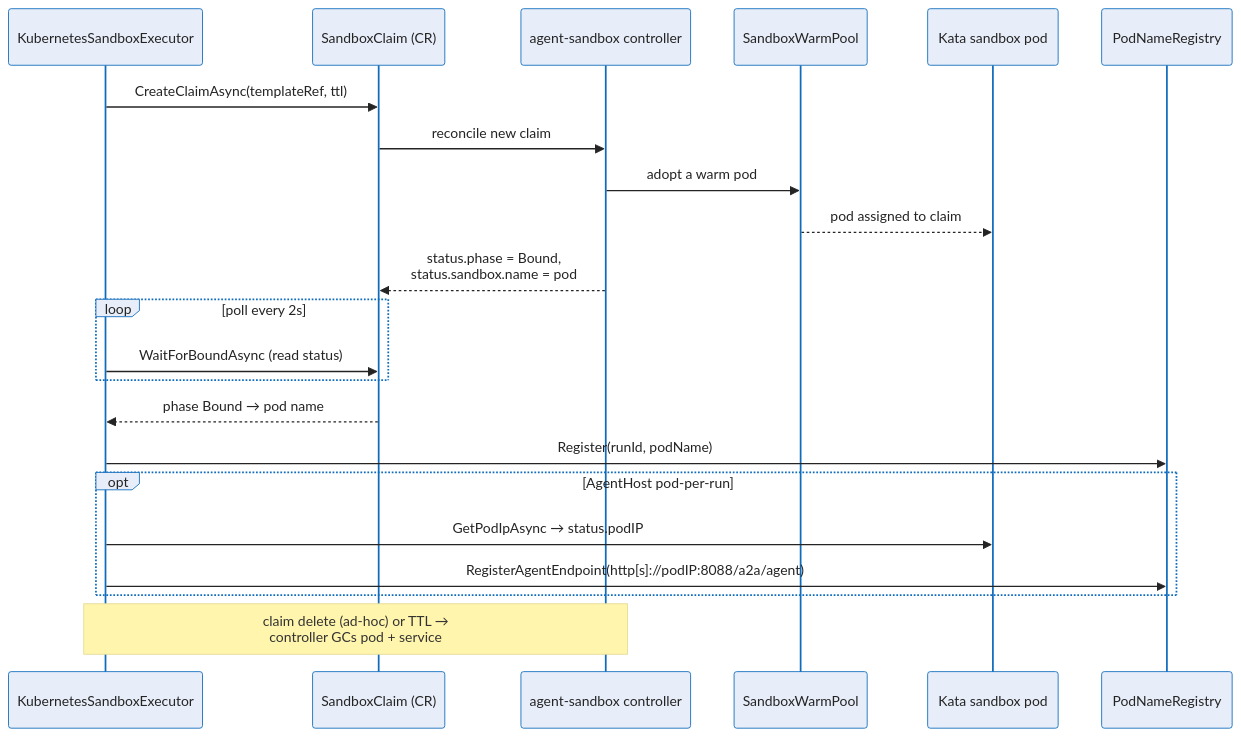
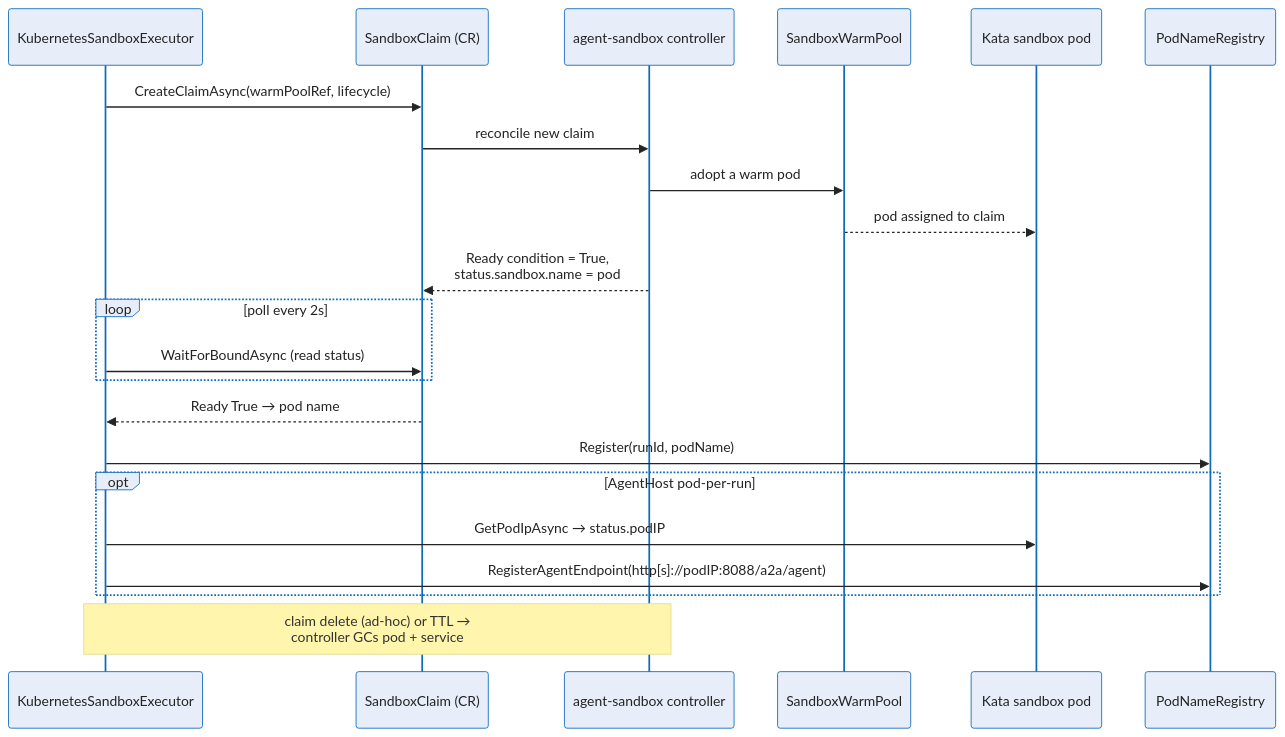
Before and after one commit to sabbour/agentweaver: the fourth of 5 diagrams in docs/deep-dive/sandbox-pod-execution.md, drawn with Mermaid. The commit also changed other lines of this file and 8 other files, not shown here.

First line of the commit message:
docs(sandbox): document v1beta1 warmPoolRef SandboxClaim contract + agent-host warm pool

````diff
--- a/docs/deep-dive/sandbox-pod-execution.md
+++ b/docs/deep-dive/sandbox-pod-execution.md
@@ -232,25 +234,25 @@
 ```mermaid
 %%{init: {'theme':'base','themeVariables':{'fontFamily':'Segoe UI, system-ui, -apple-system, sans-serif','fontSize':'15px','primaryColor':'#E8EEF9','primaryBorderColor':'#0F6CBD','primaryTextColor':'#242424','lineColor':'#605E5C','clusterBkg':'#FAF9F8','clusterBorder':'#D2D0CE','edgeLabelBackground':'#FFFFFF'}}}%%
 sequenceDiagram
     participant Exec as KubernetesSandboxExecutor
     participant Claim as SandboxClaim (CR)
     participant Ctrl as agent-sandbox controller
     participant Pool as SandboxWarmPool
     participant Pod as Kata sandbox pod
     participant Reg as PodNameRegistry
-    Exec->>Claim: CreateClaimAsync(templateRef, ttl)
+    Exec->>Claim: CreateClaimAsync(warmPoolRef, lifecycle)
     Claim->>Ctrl: reconcile new claim
     Ctrl->>Pool: adopt a warm pod
     Pool-->>Pod: pod assigned to claim
-    Ctrl-->>Claim: status.phase = Bound,<br/>status.sandbox.name = pod
+    Ctrl-->>Claim: Ready condition = True,<br/>status.sandbox.name = pod
     loop poll every 2s
         Exec->>Claim: WaitForBoundAsync (read status)
     end
-    Claim-->>Exec: phase Bound → pod name
+    Claim-->>Exec: Ready True → pod name
     Exec->>Reg: Register(runId, podName)
     opt AgentHost pod-per-run
         Exec->>Pod: GetPodIpAsync → status.podIP
         Exec->>Reg: RegisterAgentEndpoint(http[s]://podIP:8088/a2a/agent)
     end
     Note over Exec,Ctrl: claim delete (ad-hoc) or TTL →<br/>controller GCs pod + service
 ```
````
